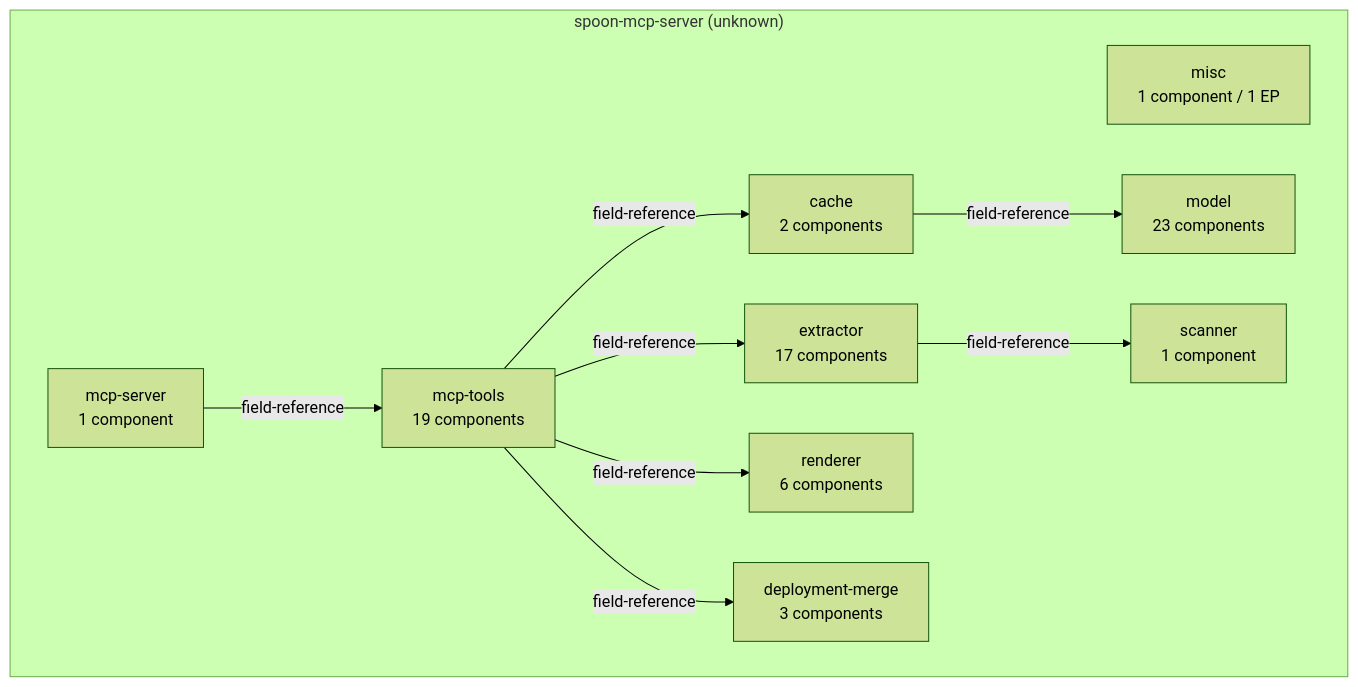
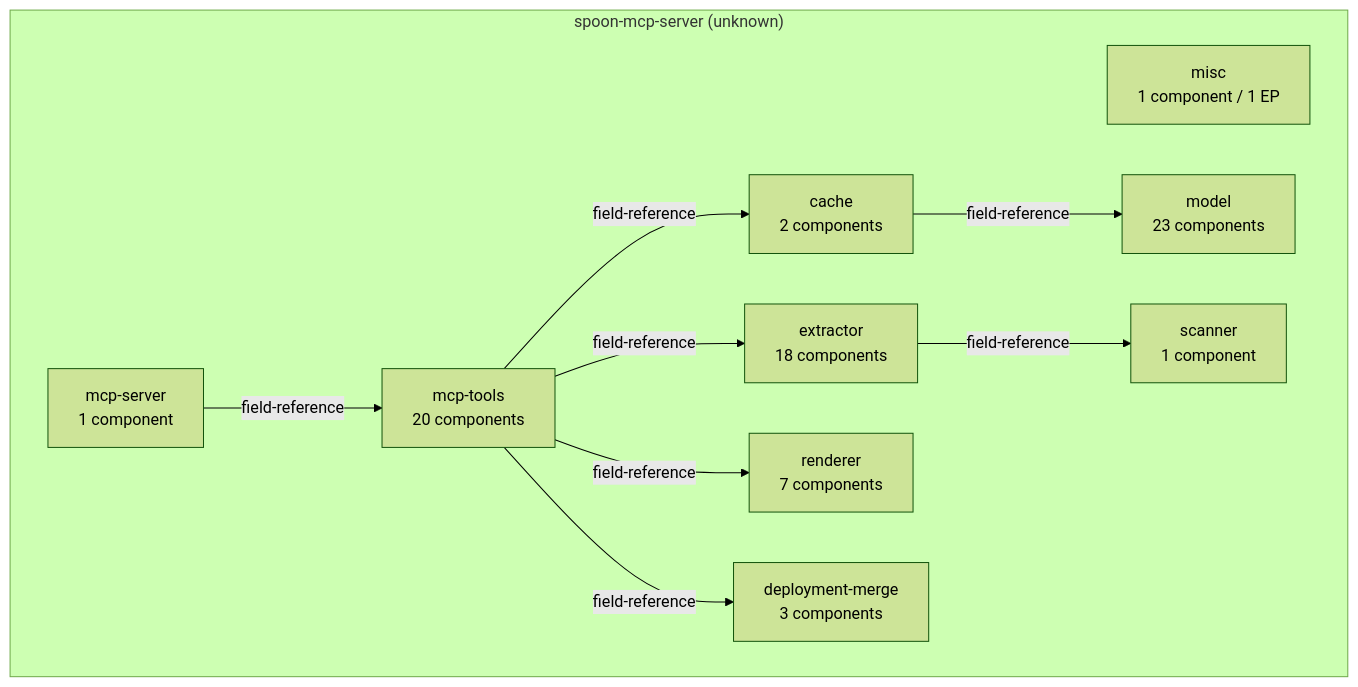
The third of 5 diagrams in docs/ARCHITECTURE.md (DerPate/archlens), drawn with Mermaid (forest theme) before and after one commit. The commit also changed other lines of this file and 12 other files, not shown here.

````diff
--- a/docs/ARCHITECTURE.md
+++ b/docs/ARCHITECTURE.md
@@ -384,21 +398,21 @@
 ```mermaid
 flowchart TD
     subgraph app_spoon_mcp_server["spoon-mcp-server (unknown)"]
         container_app_spoon_mcp_server_misc["misc\n1 component / 1 EP"]
         container_app_spoon_mcp_server_cache["cache\n2 components"]
-        container_app_spoon_mcp_server_extractor["extractor\n17 components"]
+        container_app_spoon_mcp_server_extractor["extractor\n18 components"]
         container_app_spoon_mcp_server_mcp_server["mcp-server\n1 component"]
-        container_app_spoon_mcp_server_mcp_tools["mcp-tools\n19 components"]
+        container_app_spoon_mcp_server_mcp_tools["mcp-tools\n20 components"]
         container_app_spoon_mcp_server_deployment_merge["deployment-merge\n3 components"]
         container_app_spoon_mcp_server_model["model\n23 components"]
-        container_app_spoon_mcp_server_renderer["renderer\n6 components"]
+        container_app_spoon_mcp_server_renderer["renderer\n7 components"]
         container_app_spoon_mcp_server_scanner["scanner\n1 component"]
     end
     container_app_spoon_mcp_server_cache -->|field-reference| container_app_spoon_mcp_server_model
     container_app_spoon_mcp_server_extractor -->|field-reference| container_app_spoon_mcp_server_scanner
     container_app_spoon_mcp_server_mcp_server -->|field-reference| container_app_spoon_mcp_server_mcp_tools
     container_app_spoon_mcp_server_mcp_tools -->|field-reference| container_app_spoon_mcp_server_cache
     container_app_spoon_mcp_server_mcp_tools -->|field-reference| container_app_spoon_mcp_server_extractor
     container_app_spoon_mcp_server_mcp_tools -->|field-reference| container_app_spoon_mcp_server_renderer
     container_app_spoon_mcp_server_mcp_tools -->|field-reference| container_app_spoon_mcp_server_deployment_merge
 ```
````
